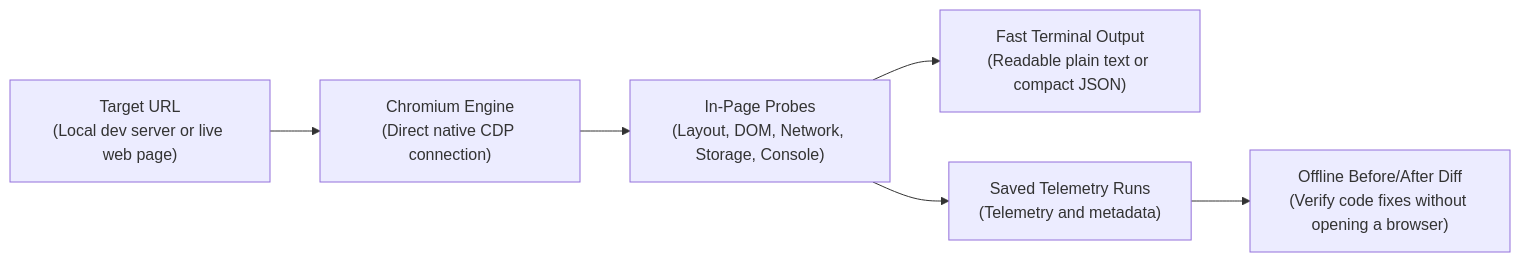
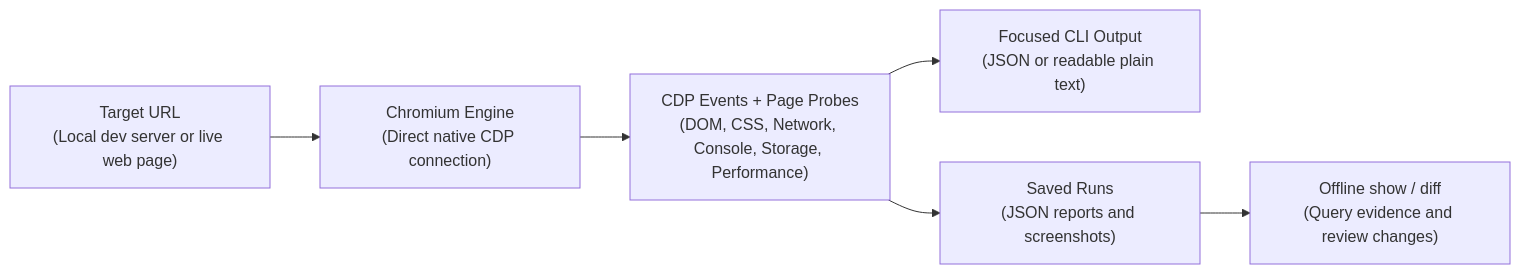
Before and after one commit to herehossein/AgentsEye: the diagram in README.md, drawn with Mermaid. The commit also changed other lines of this file and 3 other files, not shown here.

````diff
--- a/README.md
+++ b/README.md
@@ -76,8 +60,8 @@
 ```mermaid
 flowchart LR
     A["Target URL<br/>(Local dev server or live web page)"] --> B["Chromium Engine<br/>(Direct native CDP connection)"]
-    B --> C["In-Page Probes<br/>(Layout, DOM, Network, Storage, Console)"]
-    C --> D["Fast Terminal Output<br/>(Readable plain text or compact JSON)"]
-    C --> E["Saved Telemetry Runs<br/>(Telemetry and metadata)"]
-    E --> F["Offline Before/After Diff<br/>(Verify code fixes without opening a browser)"]
+    B --> C["CDP Events + Page Probes<br/>(DOM, CSS, Network, Console, Storage, Performance)"]
+    C --> D["Focused CLI Output<br/>(JSON or readable plain text)"]
+    C --> E["Saved Runs<br/>(JSON reports and screenshots)"]
+    E --> F["Offline show / diff<br/>(Query evidence and review changes)"]
 ```
````
